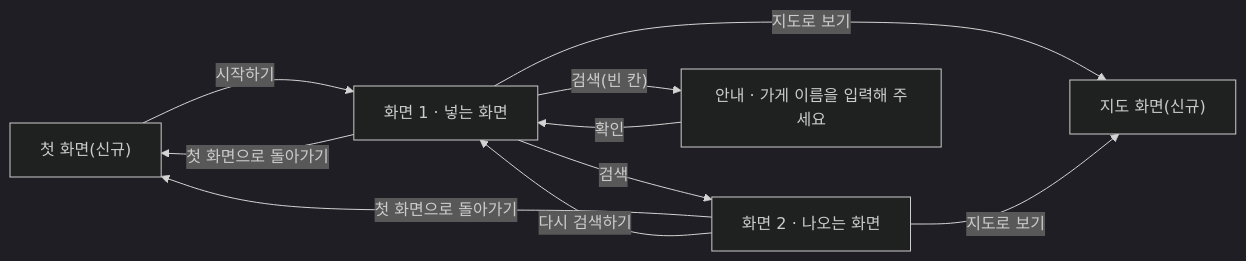
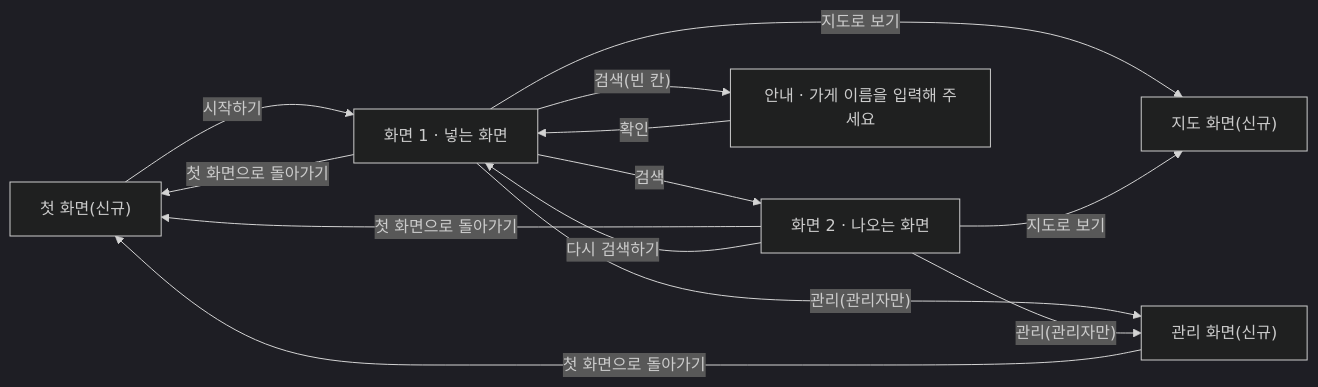
The diagram in PRD.md (dkangolb-jpg/sample), drawn with Mermaid (dark theme) before and after one commit. The commit also changed other lines of this file, not shown here.

Commit message:
Add the admin screen to the PRD flow and its acceptance criterion to section 5

````diff
--- a/PRD.md
+++ b/PRD.md
@@ -75,18 +76,22 @@
 ```mermaid
 flowchart LR
     L0["첫 화면(신규)"]
     S1["화면 1 · 넣는 화면"]
     S2["화면 2 · 나오는 화면"]
     M1["지도 화면(신규)"]
     E1["안내 · 가게 이름을 입력해 주세요"]
+    A1["관리 화면(신규)"]
 
     L0 -- 시작하기 --> S1
     S1 -- 첫 화면으로 돌아가기 --> L0
     S2 -- 첫 화면으로 돌아가기 --> L0
     S1 -- 검색 --> S2
     S1 -- 검색(빈 칸) --> E1
     E1 -- 확인 --> S1
     S2 -- 다시 검색하기 --> S1
     S1 -- 지도로 보기 --> M1
     S2 -- 지도로 보기 --> M1
+    S1 -- 관리(관리자만) --> A1
+    S2 -- 관리(관리자만) --> A1
+    A1 -- 첫 화면으로 돌아가기 --> L0
 ```
````
